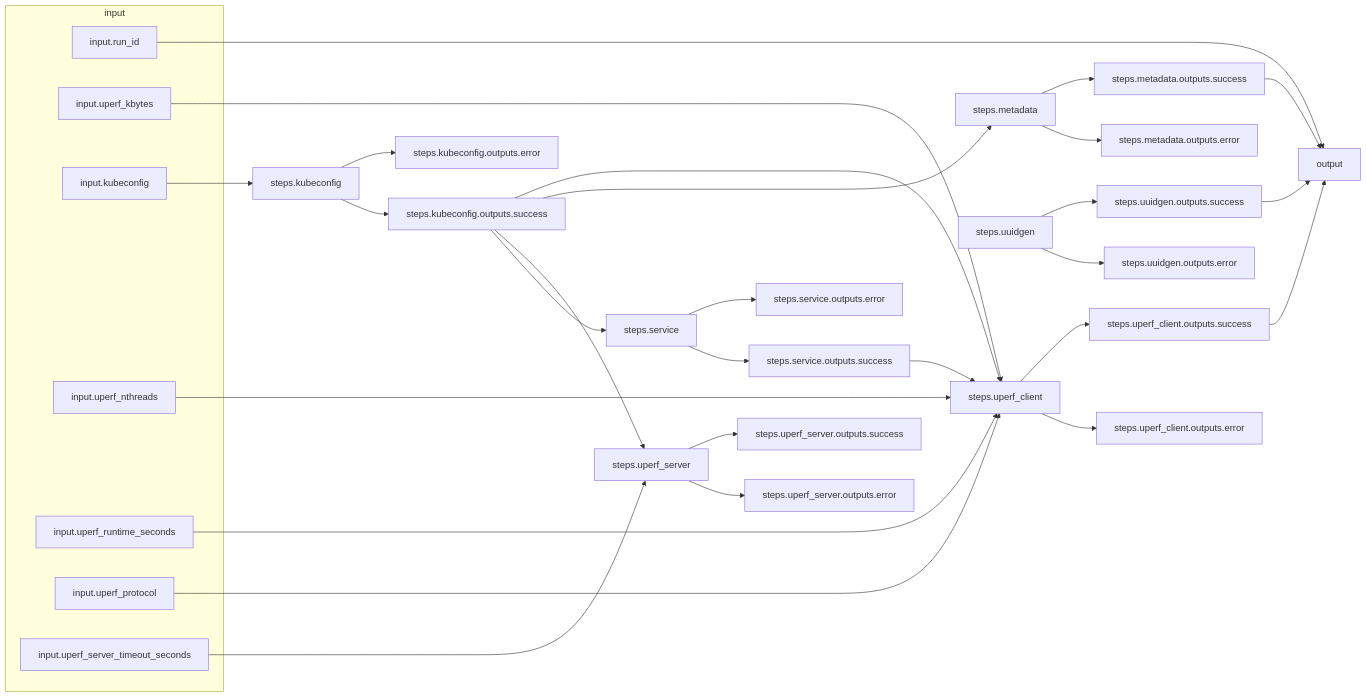
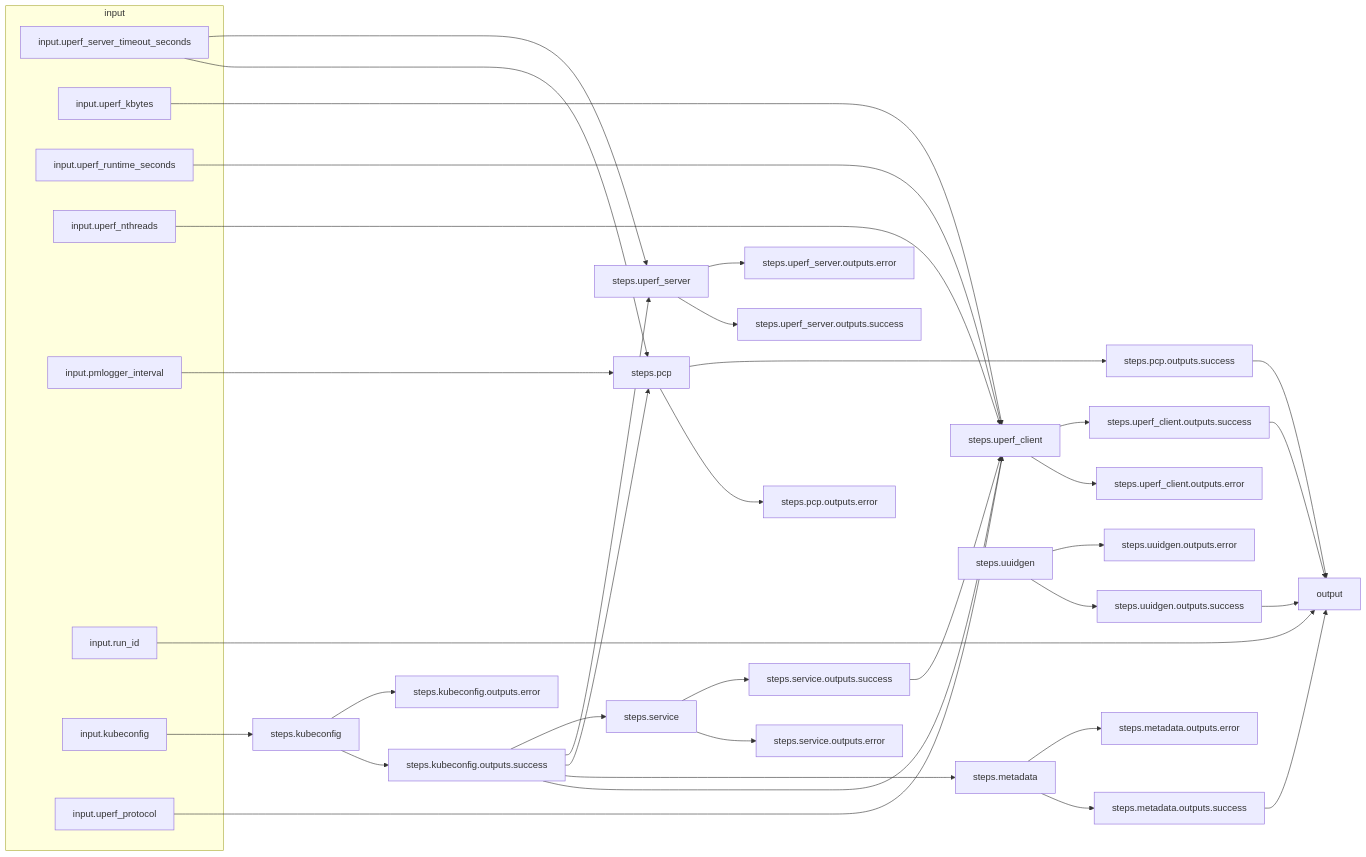
Before and after one commit to dustinblack/arcaflow-workflows: the diagram in network-streaming-performance-k8s/README.md, drawn with Mermaid. The commit also changed 1 other file, not shown here.

Commit message:
use dev build for uperf plugin; update mermaid

````diff
--- a/network-streaming-performance-k8s/README.md
+++ b/network-streaming-performance-k8s/README.md
@@ -50,40 +50,46 @@
 ```mermaid
 flowchart LR
 subgraph input
+input.uperf_server_timeout_seconds
+input.uperf_kbytes
+input.uperf_runtime_seconds
+input.uperf_nthreads
+input.pmlogger_interval
 input.run_id
-input.uperf_kbytes
 input.kubeconfig
-input.uperf_nthreads
-input.uperf_runtime_seconds
 input.uperf_protocol
-input.uperf_server_timeout_seconds
 end
+steps.uuidgen.outputs.success-->output
+input.uperf_server_timeout_seconds-->steps.pcp
+input.uperf_server_timeout_seconds-->steps.uperf_server
+steps.uperf_client-->steps.uperf_client.outputs.error
+steps.uperf_client-->steps.uperf_client.outputs.success
+steps.pcp-->steps.pcp.outputs.error
+steps.pcp-->steps.pcp.outputs.success
+input.uperf_kbytes-->steps.uperf_client
+steps.pcp.outputs.success-->output
+input.uperf_runtime_seconds-->steps.uperf_client
+steps.service.outputs.success-->steps.uperf_client
+steps.kubeconfig-->steps.kubeconfig.outputs.success
+steps.kubeconfig-->steps.kubeconfig.outputs.error
+input.uperf_nthreads-->steps.uperf_client
+steps.metadata-->steps.metadata.outputs.success
+steps.metadata-->steps.metadata.outputs.error
+steps.uuidgen-->steps.uuidgen.outputs.success
+steps.uuidgen-->steps.uuidgen.outputs.error
+input.pmlogger_interval-->steps.pcp
 input.run_id-->output
-steps.metadata.outputs.success-->output
+steps.uperf_client.outputs.success-->output
 steps.kubeconfig.outputs.success-->steps.uperf_client
 steps.kubeconfig.outputs.success-->steps.metadata
+steps.kubeconfig.outputs.success-->steps.pcp
 steps.kubeconfig.outputs.success-->steps.uperf_server
 steps.kubeconfig.outputs.success-->steps.service
-steps.uuidgen-->steps.uuidgen.outputs.success
-steps.uuidgen-->steps.uuidgen.outputs.error
-input.uperf_kbytes-->steps.uperf_client
+steps.metadata.outputs.success-->output
+steps.uperf_server-->steps.uperf_server.outputs.success
+steps.uperf_server-->steps.uperf_server.outputs.error
 input.kubeconfig-->steps.kubeconfig
-steps.metadata-->steps.metadata.outputs.success
-steps.metadata-->steps.metadata.outputs.error
+input.uperf_protocol-->steps.uperf_client
 steps.service-->steps.service.outputs.error
 steps.service-->steps.service.outputs.success
-steps.uperf_client-->steps.uperf_client.outputs.success
-steps.uperf_client-->steps.uperf_client.outputs.error
-input.uperf_nthreads-->steps.uperf_client
-input.uperf_runtime_seconds-->steps.uperf_client
-input.uperf_protocol-->steps.uperf_client
-steps.uperf_client.outputs.success-->output
-steps.kubeconfig-->steps.kubeconfig.outputs.error
-steps.kubeconfig-->steps.kubeconfig.outputs.success
-steps.uperf_server-->steps.uperf_server.outputs.success
-steps.uperf_server-->steps.uperf_server.outputs.error
-steps.service.outputs.success-->steps.uperf_client
-input.uperf_server_timeout_seconds-->steps.uperf_server
-steps.uuidgen.outputs.success-->output
-
 ```
````
